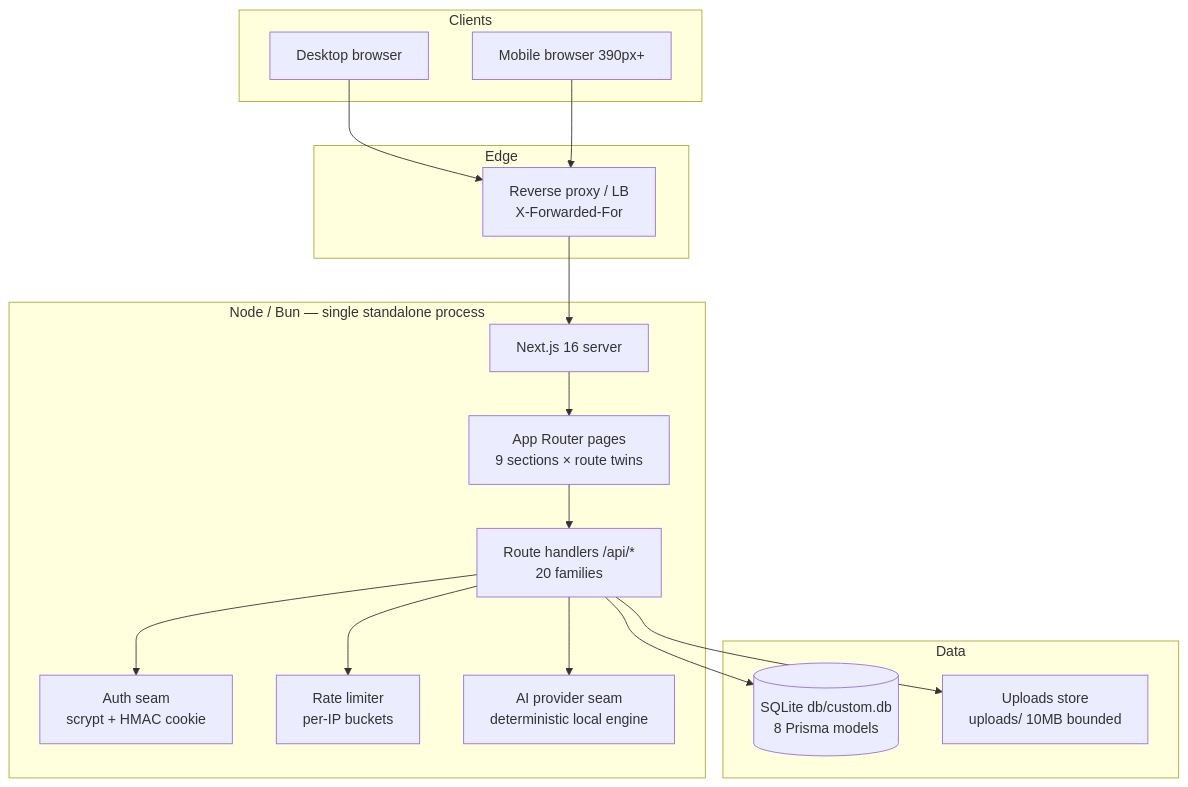
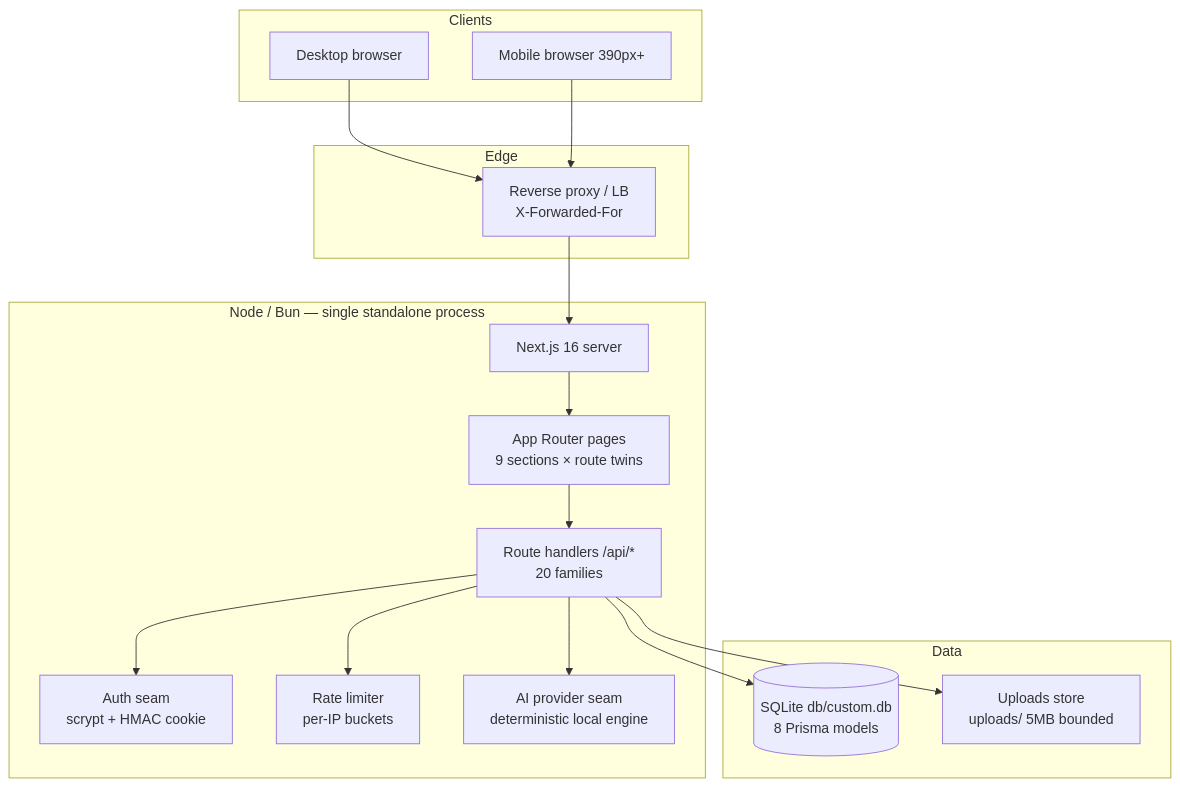
The first of 2 diagrams in Project_Architecture_Document.md (nordeim/wealth-os), drawn with Mermaid before and after one commit. The commit also changed other lines of this file and 8 other files, not shown here.

````diff
--- a/Project_Architecture_Document.md
+++ b/Project_Architecture_Document.md
@@ -247,31 +268,31 @@
 ```mermaid
 flowchart TB
   subgraph Clients
     D[Desktop browser]
     M[Mobile browser 390px+]
   end
   subgraph Edge
     LB[Reverse proxy / LB<br/>X-Forwarded-For]
   end
   subgraph Server["Node / Bun — single standalone process"]
     NEXT[Next.js 16 server]
     PAGES[App Router pages<br/>9 sections × route twins]
     API[Route handlers /api/*<br/>20 families]
     AUTH[Auth seam<br/>scrypt + HMAC cookie]
     RL[Rate limiter<br/>per-IP buckets]
     AISEAM[AI provider seam<br/>deterministic local engine]
   end
   subgraph Data
     DB[(SQLite db/custom.db<br/>8 Prisma models)]
-    FS[Uploads store<br/>uploads/ 10MB bounded]
+    FS[Uploads store<br/>uploads/ 5MB bounded]
   end
   D --> LB --> NEXT
   M --> LB
   NEXT --> PAGES
   PAGES --> API
   API --> AUTH
   API --> RL
   API --> AISEAM
   API --> DB
   API --> FS
 ```
````
